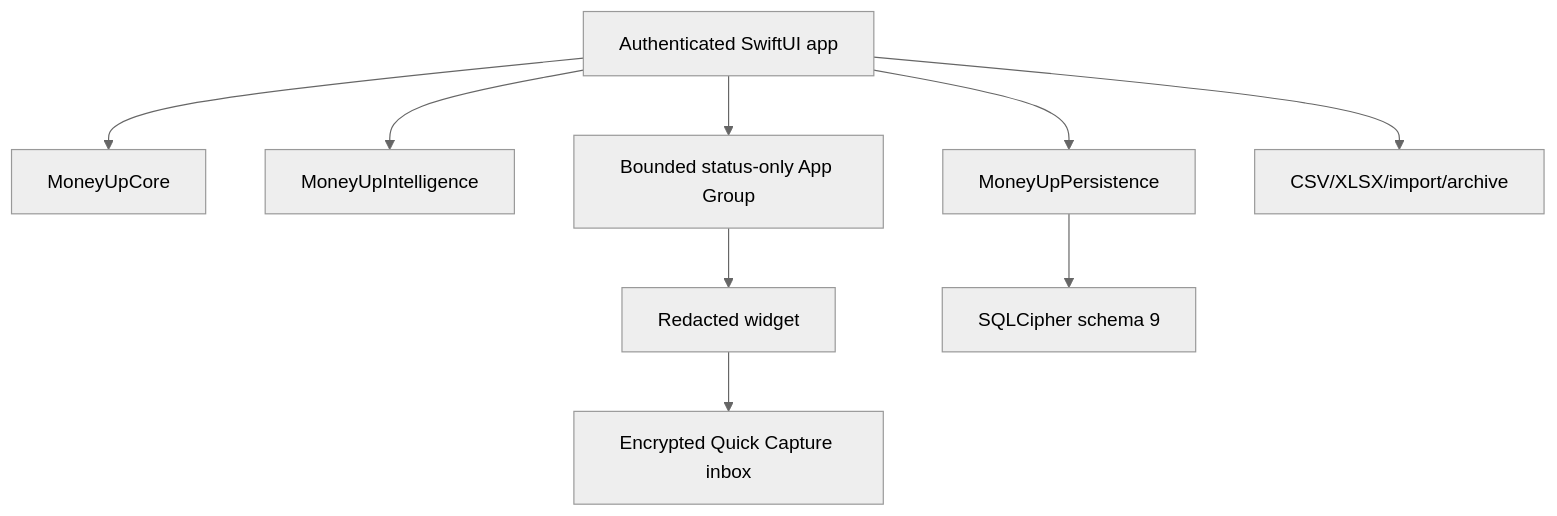
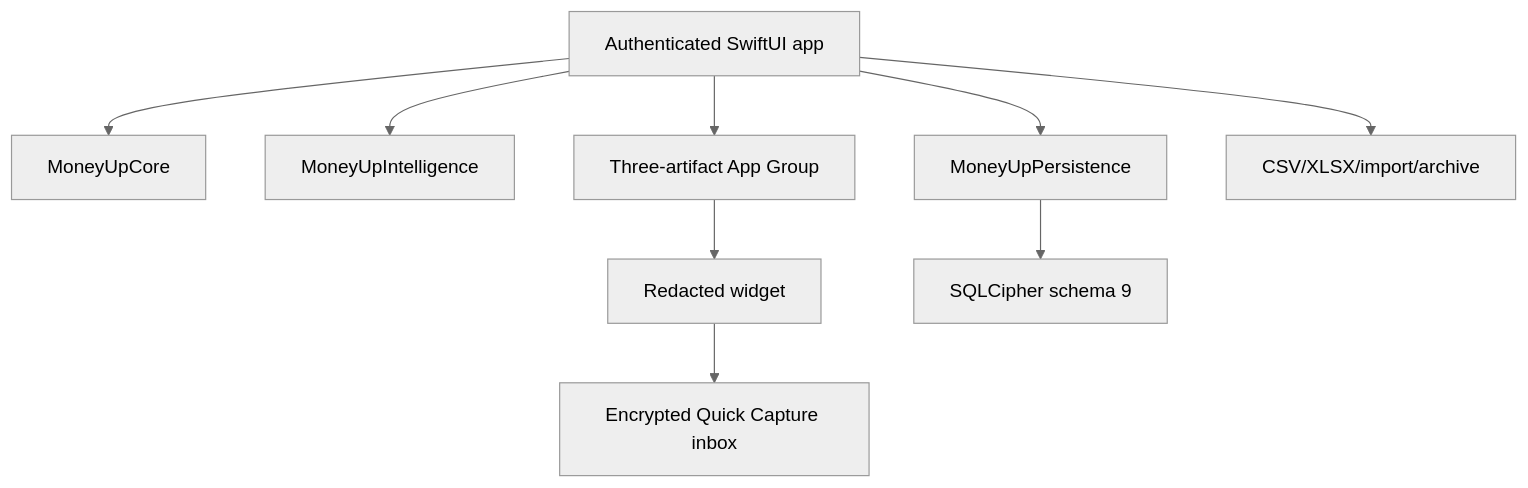
One commit to LaiWenKang/MoneyUp changed the diagram in docs/ARCHITECTURE.md. Above: the diagram before and after it, drawn with Mermaid (neutral theme). The commit also changed other lines of this file and 160 other files, not shown here.

````diff
--- a/docs/ARCHITECTURE.md
+++ b/docs/ARCHITECTURE.md
@@ -5,11 +5,11 @@
 ```mermaid
 flowchart TD
     Widget["Redacted widget"] --> Capture["Encrypted Quick Capture inbox"]
     App["Authenticated SwiftUI app"] --> Core["MoneyUpCore"]
     App --> Intel["MoneyUpIntelligence"]
     App --> Store["MoneyUpPersistence"]
     Store --> Cipher["SQLCipher schema 9"]
-    App --> Shared["Bounded status-only App Group"]
+    App --> Shared["Three-artifact App Group"]
     Shared --> Widget
     App --> Files["CSV/XLSX/import/archive"]
 ```
````
